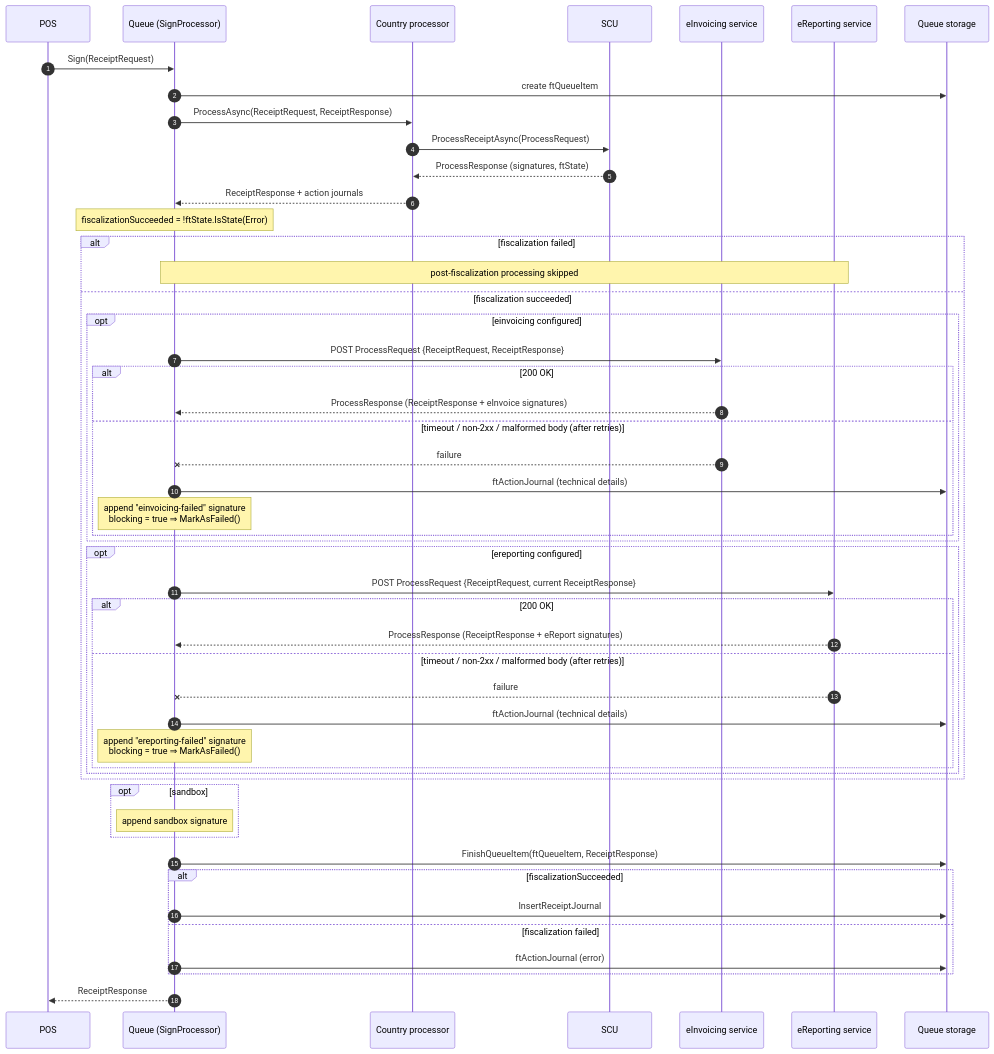
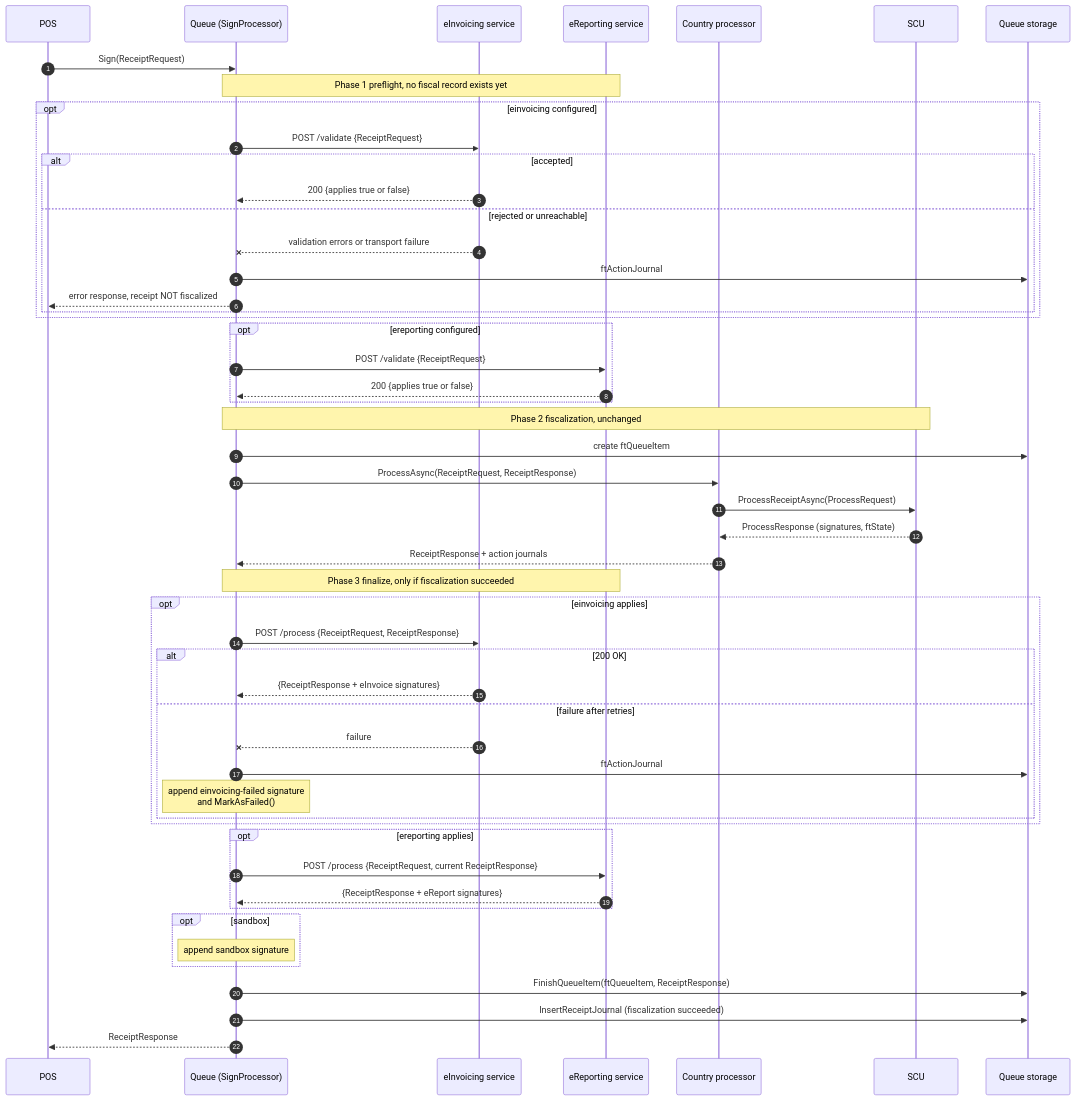
Before and after one commit to fiskaltrust/middleware: the diagram in rfcs/712-queue-einvoicing-ereporting.md, drawn with Mermaid. The commit also changed other lines of this file, not shown here.

First line of the commit message:
docs(rfc-712): switch to a two-phase preflight/finalize design

````diff
--- a/rfcs/712-queue-einvoicing-ereporting.md
+++ b/rfcs/712-queue-einvoicing-ereporting.md
@@ -116,57 +121,59 @@
 ```mermaid
 sequenceDiagram
     autonumber
     participant POS
     participant Q as Queue (SignProcessor)
+    participant EI as eInvoicing service
+    participant ER as eReporting service
     participant CP as Country processor
     participant SCU
-    participant EI as eInvoicing service
-    participant ER as eReporting service
     participant DB as Queue storage
 
     POS->>Q: Sign(ReceiptRequest)
+
+    Note over Q,ER: Phase 1 preflight, no fiscal record exists yet
+    opt einvoicing configured
+        Q->>EI: POST /validate {ReceiptRequest}
+        alt accepted
+            EI-->>Q: 200 {applies true or false}
+        else rejected or unreachable
+            EI--xQ: validation errors or transport failure
+            Q->>DB: ftActionJournal
+            Q-->>POS: error response, receipt NOT fiscalized
+        end
+    end
+    opt ereporting configured
+        Q->>ER: POST /validate {ReceiptRequest}
+        ER-->>Q: 200 {applies true or false}
+    end
+
+    Note over Q,SCU: Phase 2 fiscalization, unchanged
     Q->>DB: create ftQueueItem
     Q->>CP: ProcessAsync(ReceiptRequest, ReceiptResponse)
     CP->>SCU: ProcessReceiptAsync(ProcessRequest)
     SCU-->>CP: ProcessResponse (signatures, ftState)
     CP-->>Q: ReceiptResponse + action journals
 
-    Note over Q: fiscalizationSucceeded = !ftState.IsState(Error)
-
-    alt fiscalization failed
-        Note over Q,ER: post-fiscalization processing skipped
-    else fiscalization succeeded
-        opt einvoicing configured
-            Q->>EI: POST ProcessRequest {ReceiptRequest, ReceiptResponse}
-            alt 200 OK
-                EI-->>Q: ProcessResponse (ReceiptResponse + eInvoice signatures)
-            else timeout / non-2xx / malformed body (after retries)
-                EI--xQ: failure
-                Q->>DB: ftActionJournal (technical details)
-                Note over Q: append "einvoicing-failed" signature<br/>blocking = true ⇒ MarkAsFailed()
-            end
+    Note over Q,ER: Phase 3 finalize, only if fiscalization succeeded
+    opt einvoicing applies
+        Q->>EI: POST /process {ReceiptRequest, ReceiptResponse}
+        alt 200 OK
+            EI-->>Q: {ReceiptResponse + eInvoice signatures}
+        else failure after retries
+            EI--xQ: failure
+            Q->>DB: ftActionJournal
+            Note over Q: append einvoicing-failed signature<br/>and MarkAsFailed()
         end
-        opt ereporting configured
-            Q->>ER: POST ProcessRequest {ReceiptRequest, current ReceiptResponse}
-            alt 200 OK
-                ER-->>Q: ProcessResponse (ReceiptResponse + eReport signatures)
-            else timeout / non-2xx / malformed body (after retries)
-                ER--xQ: failure
-                Q->>DB: ftActionJournal (technical details)
-                Note over Q: append "ereporting-failed" signature<br/>blocking = true ⇒ MarkAsFailed()
-            end
-        end
+    end
+    opt ereporting applies
+        Q->>ER: POST /process {ReceiptRequest, current ReceiptResponse}
+        ER-->>Q: {ReceiptResponse + eReport signatures}
     end
 
     opt sandbox
         Note over Q: append sandbox signature
     end
     Q->>DB: FinishQueueItem(ftQueueItem, ReceiptResponse)
-
-    alt fiscalizationSucceeded
-        Q->>DB: InsertReceiptJournal
-    else fiscalization failed
-        Q->>DB: ftActionJournal (error)
-    end
+    Q->>DB: InsertReceiptJournal (fiscalization succeeded)
     Q-->>POS: ReceiptResponse
 ```
````
